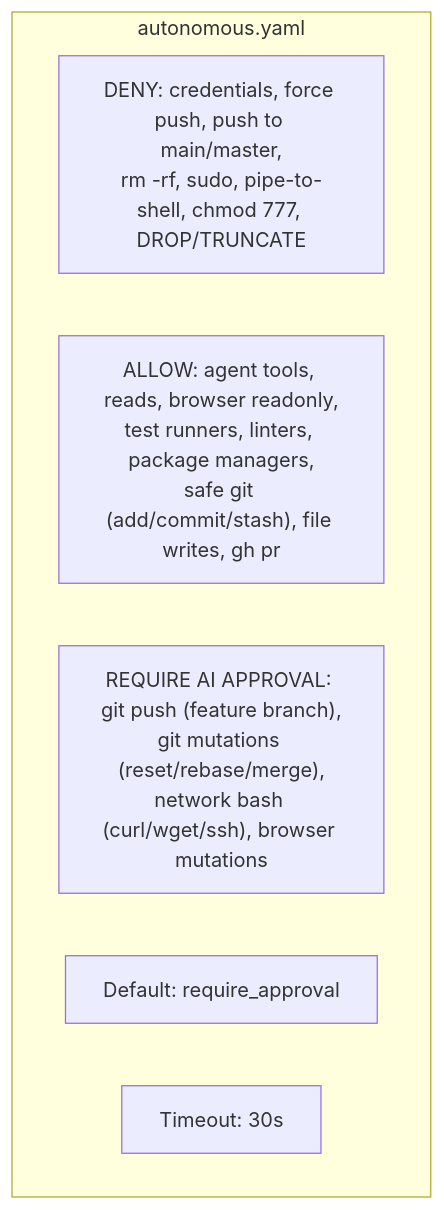
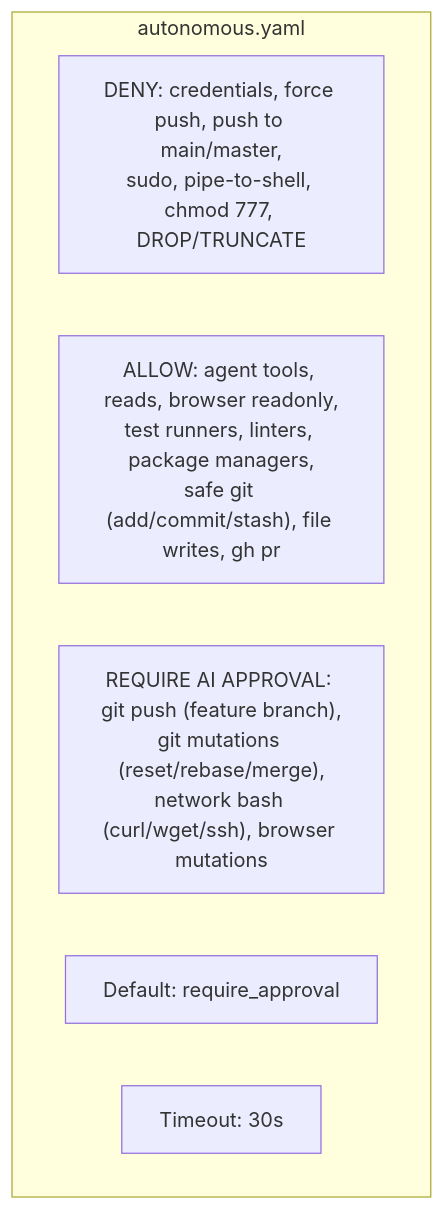
The sixth of 6 diagrams in docs/autonomous-mode.md (nodenova/leashd), drawn with Mermaid before and after one commit. The commit also changed other lines of this file and 90 other files, not shown here.

````diff
--- a/docs/autonomous-mode.md
+++ b/docs/autonomous-mode.md
@@ -406,10 +406,10 @@
 ```mermaid
 flowchart TB
     subgraph Autonomous["autonomous.yaml"]
-        deny["DENY: credentials, force push, push to main/master,<br>rm -rf, sudo, pipe-to-shell, chmod 777, DROP/TRUNCATE"]
+        deny["DENY: credentials, force push, push to main/master,<br>sudo, pipe-to-shell, chmod 777, DROP/TRUNCATE"]
         allow["ALLOW: agent tools, reads, browser readonly,<br>test runners, linters, package managers,<br>safe git (add/commit/stash), file writes, gh pr"]
         approval["REQUIRE AI APPROVAL: git push (feature branch),<br>git mutations (reset/rebase/merge),<br>network bash (curl/wget/ssh), browser mutations"]
         default_action["Default: require_approval"]
         timeout["Timeout: 30s"]
     end
 ```
````
